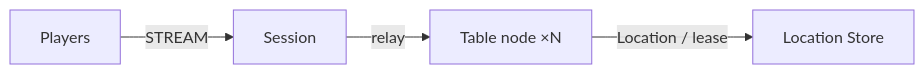
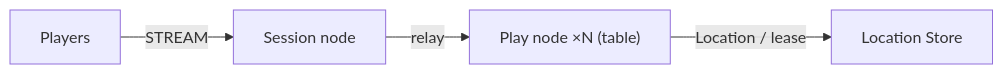
Before and after one commit to zlink-systems/zlink: the diagram in framework/languages/cpp/templates/board-tables/my-game/README.md, drawn with Mermaid. The commit also changed other lines of this file and 223 other files, not shown here.

First line of the commit message:
docs(templates): 모든 템플릿의 노드 이름을 Session node · Play node · API node로 (#5350)

````diff
--- a/framework/languages/cpp/templates/board-tables/my-game/README.md
+++ b/framework/languages/cpp/templates/board-tables/my-game/README.md
@@ -5,6 +5,6 @@
 ```mermaid
 flowchart LR
-  Players -->|STREAM| Session
-  Session -->|relay| Tables["Table node ×N"]
+  Players -->|STREAM| Session["Session node"]
+  Session -->|relay| Tables["Play node ×N (table)"]
   Tables -->|"Location / lease"| Location["Location Store"]
 ```
````
